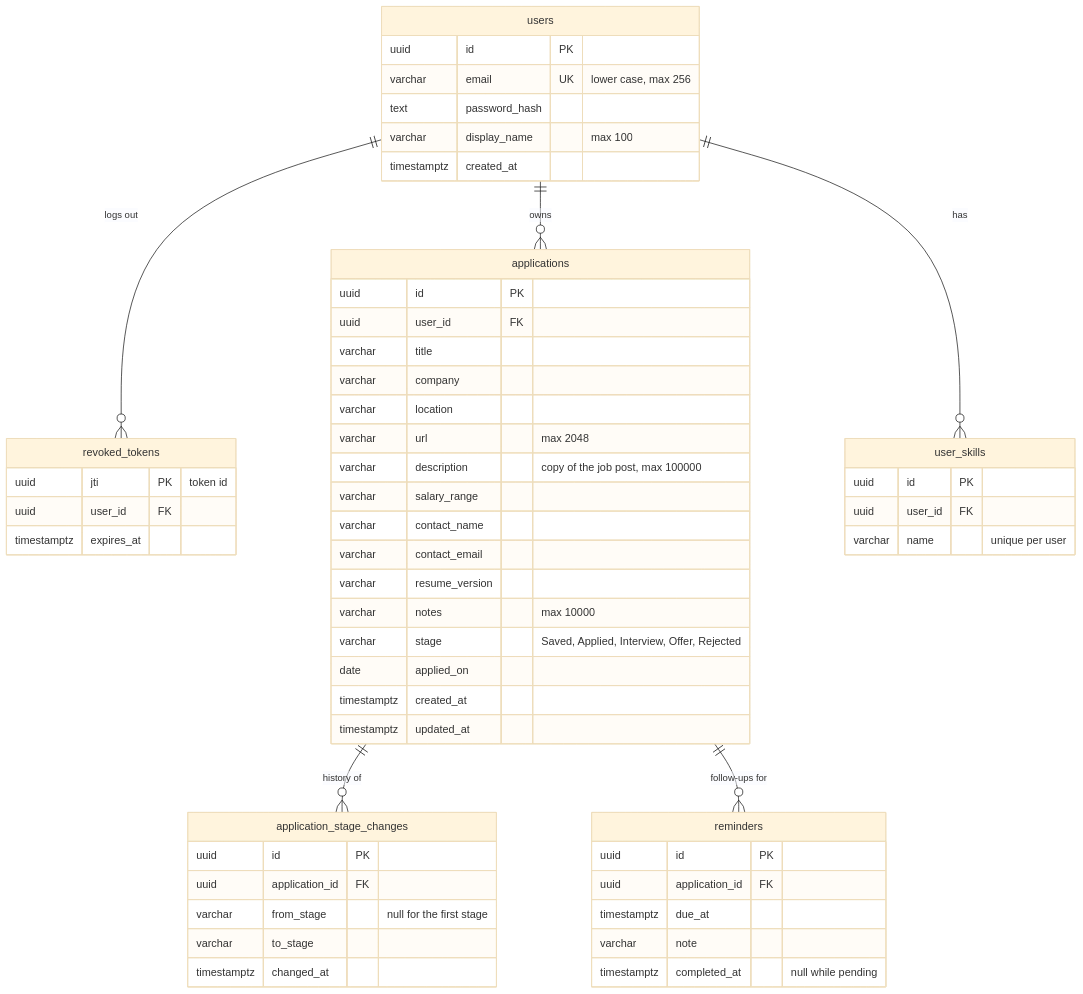
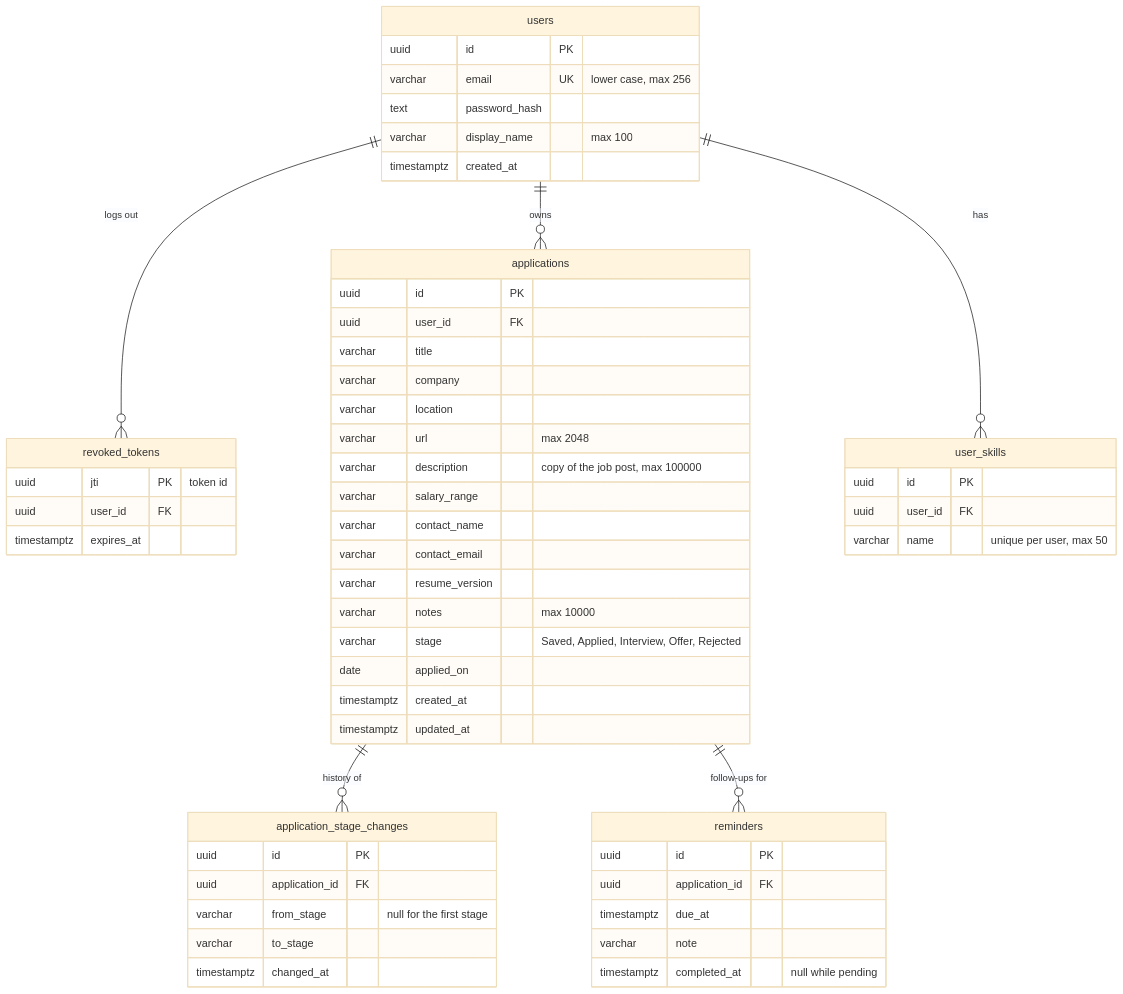
The diagram in docs/database.md (EzequielRindello/jobtrail), drawn with Mermaid (base theme) before and after one commit. The commit also changed other lines of this file and 12 other files, not shown here.

Commit message:
feat: add user skills API GET, POST and DELETE /api/skills with a per-user unique name (ignoring case), migration AddUserSkills and 9 xUnit tests.

````diff
--- a/docs/database.md
+++ b/docs/database.md
@@ -9,58 +9,58 @@
 ```mermaid
 erDiagram
     users ||--o{ revoked_tokens : "logs out"
     users ||--o{ applications : owns
     users ||--o{ user_skills : has
     applications ||--o{ application_stage_changes : "history of"
     applications ||--o{ reminders : "follow-ups for"
 
     users {
         uuid id PK
         varchar email UK "lower case, max 256"
         text password_hash
         varchar display_name "max 100"
         timestamptz created_at
     }
     revoked_tokens {
         uuid jti PK "token id"
         uuid user_id FK
         timestamptz expires_at
     }
     applications {
         uuid id PK
         uuid user_id FK
         varchar title
         varchar company
         varchar location
         varchar url "max 2048"
         varchar description "copy of the job post, max 100000"
         varchar salary_range
         varchar contact_name
         varchar contact_email
         varchar resume_version
         varchar notes "max 10000"
         varchar stage "Saved, Applied, Interview, Offer, Rejected"
         date applied_on
         timestamptz created_at
         timestamptz updated_at
     }
     application_stage_changes {
         uuid id PK
         uuid application_id FK
         varchar from_stage "null for the first stage"
         varchar to_stage
         timestamptz changed_at
     }
     reminders {
         uuid id PK
         uuid application_id FK
         timestamptz due_at
         varchar note
         timestamptz completed_at "null while pending"
     }
     user_skills {
         uuid id PK
         uuid user_id FK
-        varchar name "unique per user"
+        varchar name "unique per user, max 50"
     }
 ```
````
